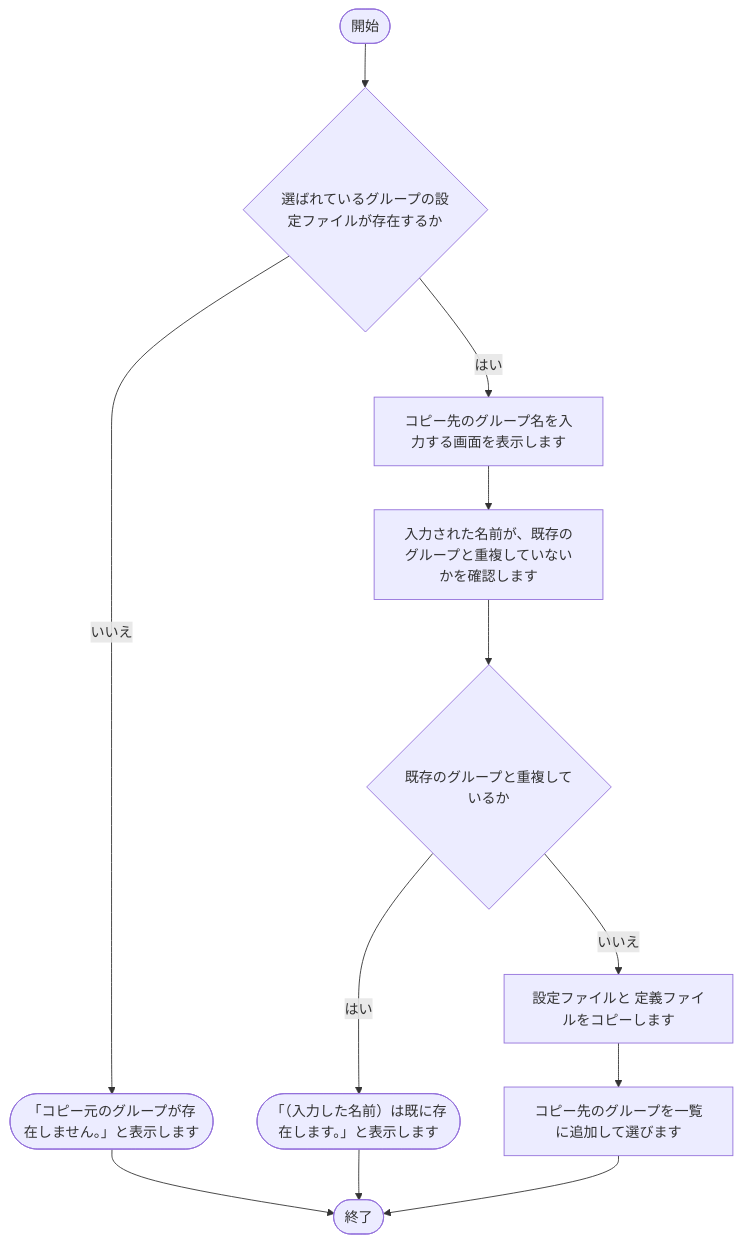
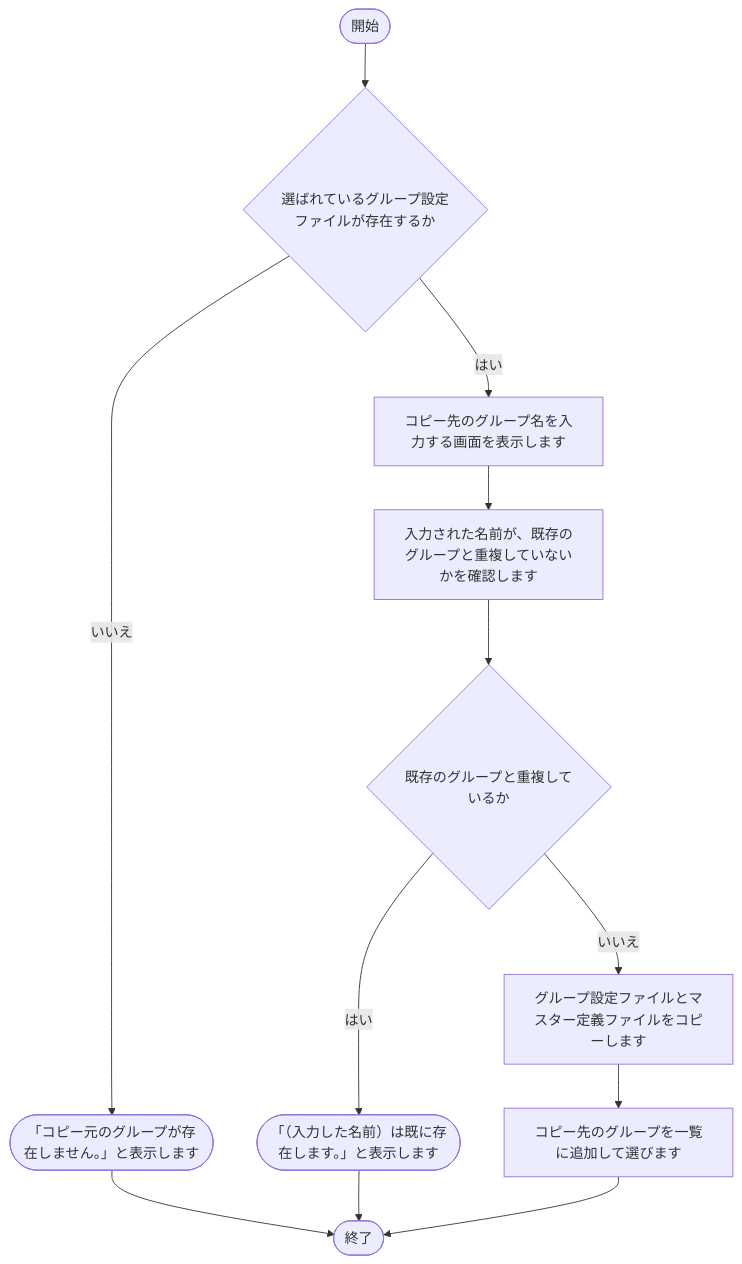
One commit to nishida2073/project_management changed diagram 14 of 28 in tool/track-aggregator/doc/02_設計/処理フロー.md. Above: the diagram before and after it, drawn with Mermaid. The commit also changed other lines of this file and 15 other files, not shown here.

````diff
--- a/tool/track-aggregator/doc/02_設計/処理フロー.md
+++ b/tool/track-aggregator/doc/02_設計/処理フロー.md
@@ -374,24 +374,24 @@
 ```mermaid
 flowchart TD
     S(["開始"])
     E(["終了"])
-    N1{"選ばれているグループの設定ファイルが存在するか"}
+    N1{"選ばれているグループ設定ファイルが存在するか"}
     S --> N1
     X1(["「コピー元のグループが存在しません。」と表示します"])
     N1 -- いいえ --> X1
     X1 --> E
     N2["コピー先のグループ名を入力する画面を表示します"]
     N1 -- はい --> N2
     N3["入力された名前が、既存のグループと重複していないかを確認します"]
     N2 --> N3
     N6{"既存のグループと重複しているか"}
     N3 --> N6
     X6(["「（入力した名前）は既に存在します。」と表示します"])
     N6 -- はい --> X6
     X6 --> E
-    N4["設定ファイルと 定義ファイルをコピーします"]
+    N4["グループ設定ファイルとマスター定義ファイルをコピーします"]
     N6 -- いいえ --> N4
     N5["コピー先のグループを一覧に追加して選びます"]
     N4 --> N5
     N5 --> E
 ```
````
